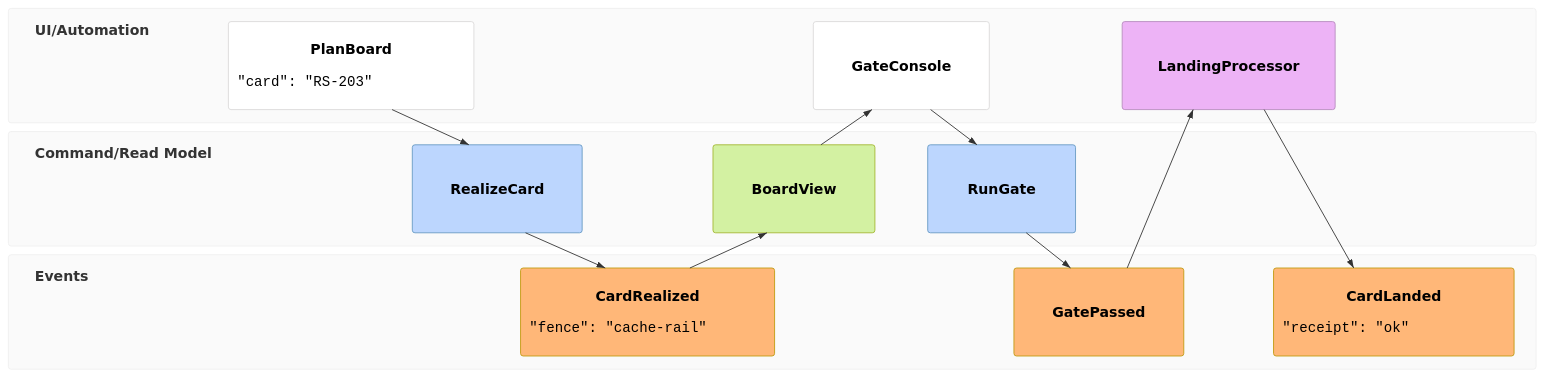
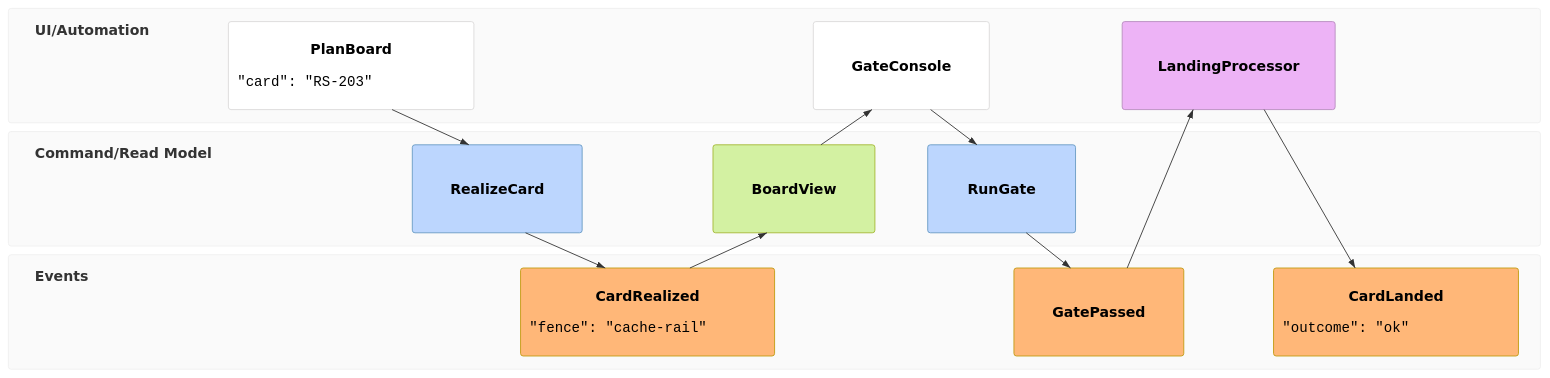
One commit to bsamiee/Rasm changed the diagram in .claude/skills/mermaid-diagramming/templates/event-flow.mmd.md. Above: the diagram before and after it, drawn with Mermaid. The commit also changed 1417 other files, not shown here.

````diff
--- a/.claude/skills/mermaid-diagramming/templates/event-flow.mmd.md
+++ b/.claude/skills/mermaid-diagramming/templates/event-flow.mmd.md
@@ -5,12 +5,12 @@
 ```mermaid
 eventmodeling
   tf 01 ui PlanBoard `json`{ "card": "RS-203" }
   tf 02 cmd RealizeCard
   tf 03 evt CardRealized `json`{ "fence": "cache-rail" }
   tf 04 rmo BoardView
   tf 05 ui GateConsole
   tf 06 cmd RunGate
   tf 07 evt GatePassed
   tf 08 pcr LandingProcessor
-  tf 09 evt CardLanded `json`{ "receipt": "ok" }
+  tf 09 evt CardLanded `json`{ "outcome": "ok" }
 ```
````
